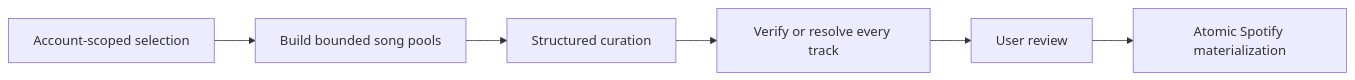
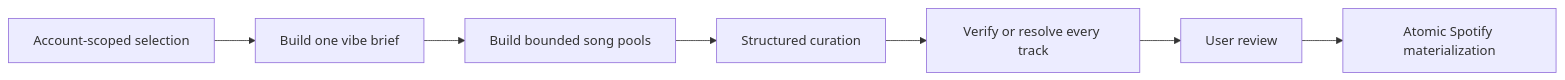
The diagram in docs/playlist-building-process.md (DroopyTersen/better-spotify), drawn with Mermaid before and after one commit. The commit also changed other lines of this file and 33 other files, not shown here.

First line of the commit message:
Use one vibe brief for deterministic music discovery (#15)

````diff
--- a/docs/playlist-building-process.md
+++ b/docs/playlist-building-process.md
@@ -8,8 +8,9 @@
 ```mermaid
 flowchart LR
-    Selection[Account-scoped selection] --> Pool[Build bounded song pools]
+    Selection[Account-scoped selection] --> Brief[Build one vibe brief]
+    Brief --> Pool[Build bounded song pools]
     Pool --> Model[Structured curation]
     Model --> Verify[Verify or resolve every track]
     Verify --> Review[User review]
     Review --> Write[Atomic Spotify materialization]
 ```
````
